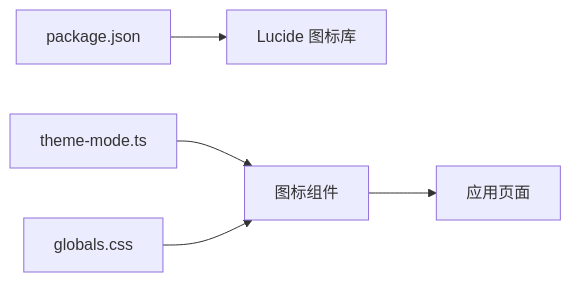
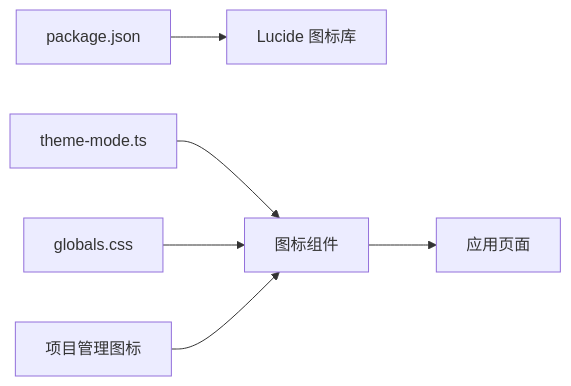
Before and after one commit to scottcwy/PurpleInk: the fifth of 5 diagrams in .qoder/repowiki/zh/content/前端架构/组件系统/图标系统.md, drawn with Mermaid. The commit also changed other lines of this file and 23 other files, not shown here.

````diff
--- a/.qoder/repowiki/zh/content/前端架构/组件系统/图标系统.md
+++ b/.qoder/repowiki/zh/content/前端架构/组件系统/图标系统.md
@@ -219,7 +241,8 @@
 ```mermaid
 graph LR
 P["package.json"] --> L["Lucide 图标库"]
 TM["theme-mode.ts"] --> IC["图标组件"]
 GS["globals.css"] --> IC
 IC --> APP["应用页面"]
+PMI["项目管理图标"] --> IC
 ```
````
